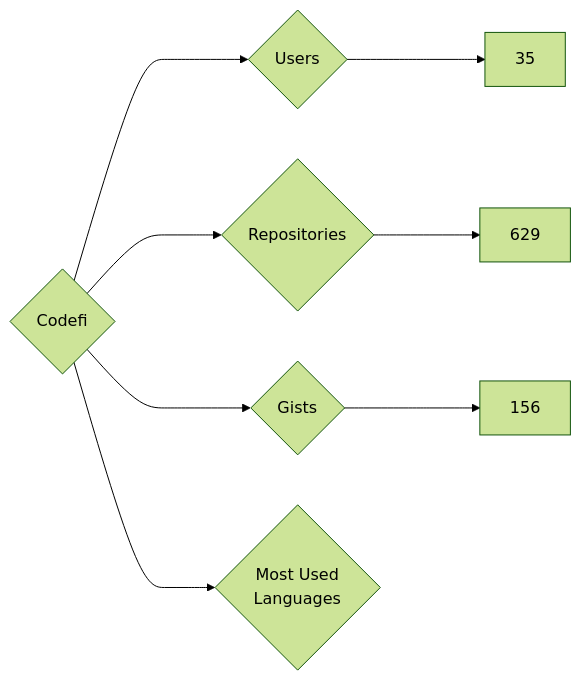
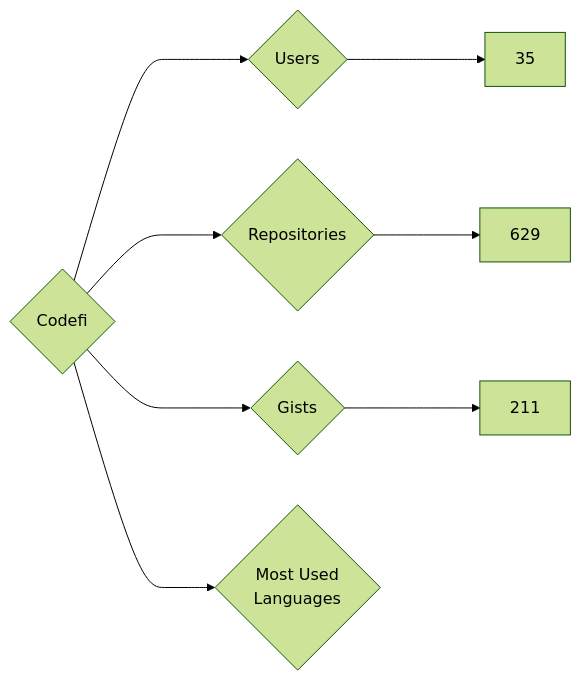
One commit to nenadzaric/insiders changed the diagram in targets/Codefi/README.md. Above: the diagram before and after it, drawn with Mermaid (forest theme). The commit also changed 1342 other files, not shown here.

````diff
--- a/targets/Codefi/README.md
+++ b/targets/Codefi/README.md
@@ -3,8 +3,8 @@
 ```mermaid
 graph LR
 COMPANY_NAME{Codefi}
 COMPANY_NAME ---> U{Users} ---> UN[35]
 COMPANY_NAME ---> R{Repositories} ---> RN[629]
-COMPANY_NAME ---> G{Gists} ---> GN[156]
+COMPANY_NAME ---> G{Gists} ---> GN[211]
 COMPANY_NAME ---> ML{Most Used<br>Languages}
 ```
````
